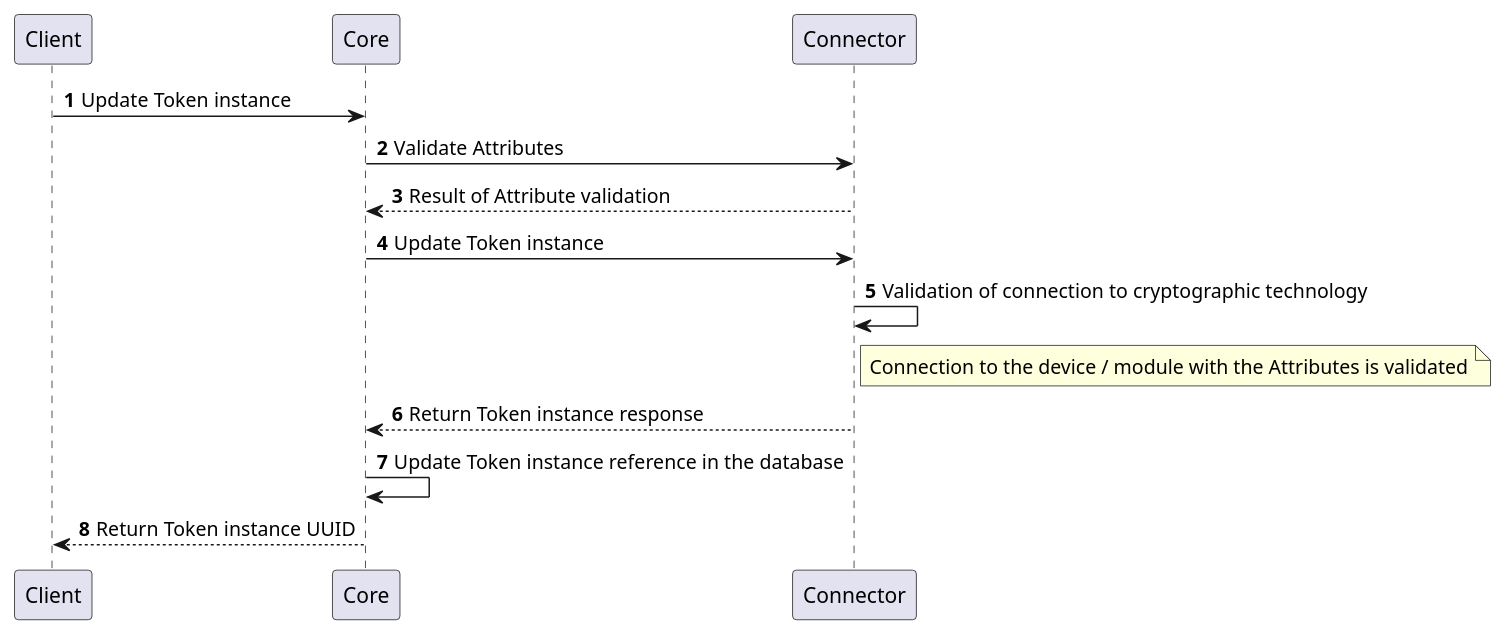
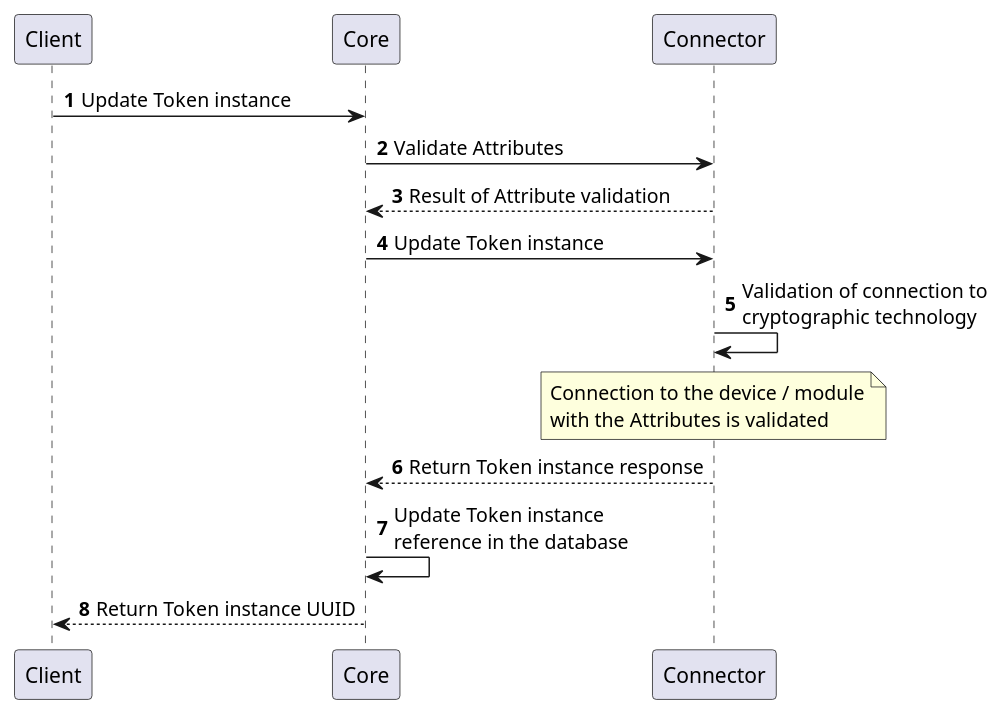
Before and after one commit to CZERTAINLY/CZERTAINLY-Documentation: the fourth of 15 diagrams in docs/12-connectors/05-description/35-cryptography-provider.md, drawn with PlantUML. The commit also changed other lines of this file, not shown here.

````diff
--- a/docs/12-connectors/05-description/35-cryptography-provider.md
+++ b/docs/12-connectors/05-description/35-cryptography-provider.md
@@ -142,15 +152,19 @@
 ```plantuml
     @startuml
     autonumber
+    skinparam maxMessageSize 200
     skinparam topurl https://docs.czertainly.com/api/
         Client -> Core [[core-cryptography/#tag/Token-Management-API/operation/updateTokenInstance]]: Update Token instance
         Core -> Connector : Validate Attributes
         Connector --> Core: Result of Attribute validation
         Core -> Connector [[connector-cryptography-provider/#tag/Token-Management-API/operation/updateTokenInstance]]: Update Token instance
         Connector -> Connector: Validation of connection to cryptographic technology
-        note right of Connector: Connection to the device / module with the Attributes is validated
+        note over Connector
+        Connection to the device / module
+        with the Attributes is validated
+        end note
         Connector --> Core: Return Token instance response
         Core -> Core : Update Token instance reference in the database
         Core --> Client: Return Token instance UUID
     @enduml
 ```
````
